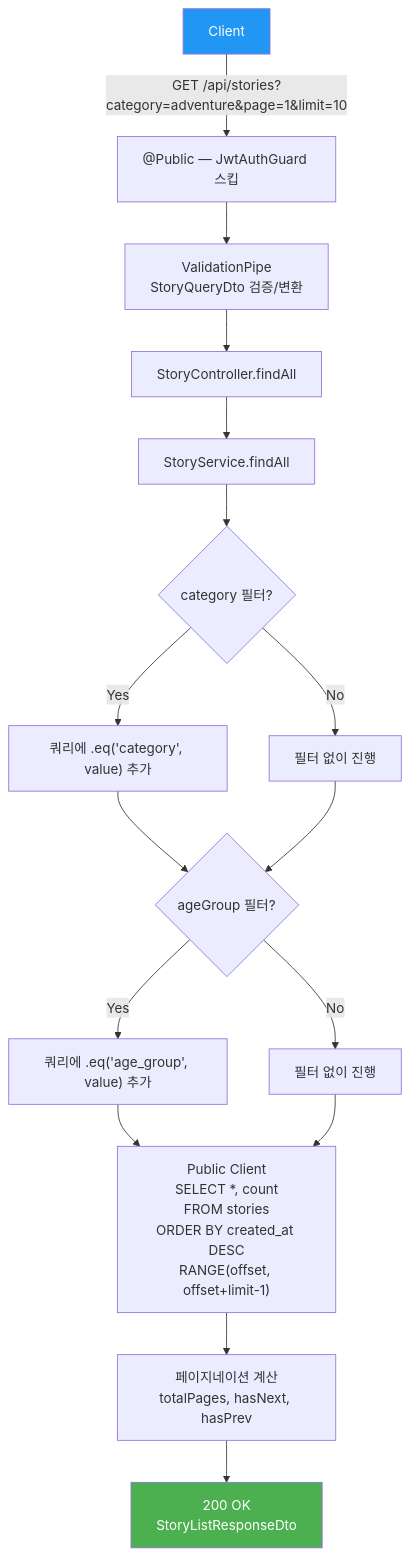
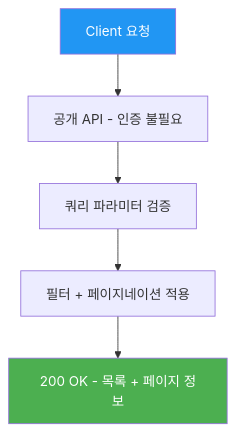
One commit to youngkim90/ddukddak-api changed the first of 6 diagrams in docs/api/story-api.md. Above: the diagram before and after it, drawn with Mermaid. The commit also changed other lines of this file and 5 other files, not shown here.

First line of the commit message:
docs: simplify flowcharts with dual API/code flow structure

````diff
--- a/docs/api/story-api.md
+++ b/docs/api/story-api.md
@@ -23,21 +23,10 @@
 ```mermaid
 flowchart TD
-    A[Client] -->|"GET /api/stories?category=adventure&page=1&limit=10"| B["@Public — JwtAuthGuard 스킵"]
-    B --> C["ValidationPipe<br/>StoryQueryDto 검증/변환"]
-    C --> D[StoryController.findAll]
-    D --> E[StoryService.findAll]
-    E --> F{category 필터?}
-    F -- Yes --> G["쿼리에 .eq('category', value) 추가"]
-    F -- No --> G2[필터 없이 진행]
-    G --> H{ageGroup 필터?}
-    G2 --> H
-    H -- Yes --> I["쿼리에 .eq('age_group', value) 추가"]
-    H -- No --> I2[필터 없이 진행]
-    I --> J["Public Client<br/>SELECT *, count<br/>FROM stories<br/>ORDER BY created_at DESC<br/>RANGE(offset, offset+limit-1)"]
-    I2 --> J
-    J --> K[페이지네이션 계산<br/>totalPages, hasNext, hasPrev]
-    K --> L["200 OK<br/>StoryListResponseDto"]
+    A[Client 요청] --> B[공개 API - 인증 불필요]
+    B --> C[쿼리 파라미터 검증]
+    C --> D[필터 + 페이지네이션 적용]
+    D --> E[200 OK - 목록 + 페이지 정보]
 
     style A fill:#2196f3,color:#fff
-    style L fill:#4caf50,color:#fff
+    style E fill:#4caf50,color:#fff
 ```
````
